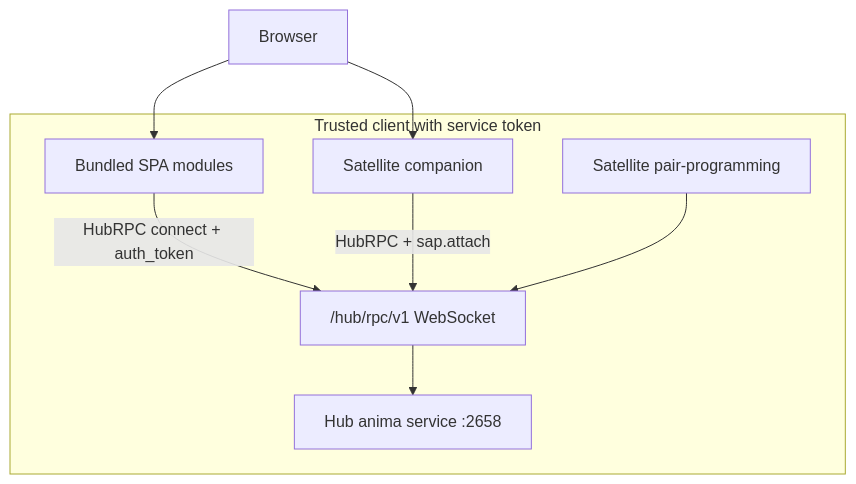
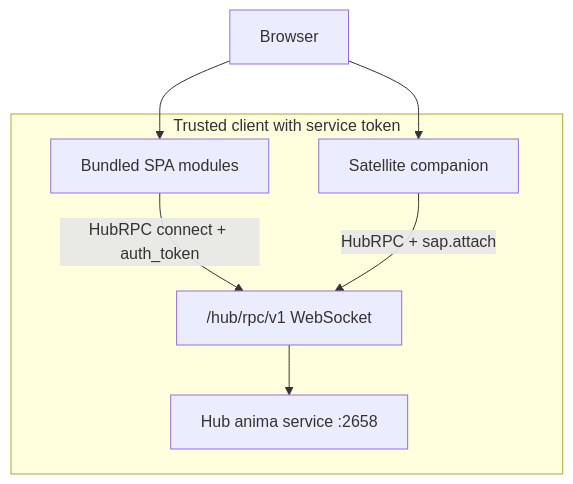
One commit to freeanima-org/freeanima changed the diagram in docs/sap/security-model.md. Above: the diagram before and after it, drawn with Mermaid. The commit also changed 2205 other files, not shown here.

````diff
--- a/docs/sap/security-model.md
+++ b/docs/sap/security-model.md
@@ -11,17 +11,15 @@
 ```mermaid
 flowchart TB
   subgraph trusted [Trusted client with service token]
     Hub["Hub anima service :2658"]
     RpcEndpoint["/hub/rpc/v1 WebSocket"]
     Bundled[Bundled SPA modules]
     SatA[Satellite companion]
-    SatB[Satellite pair-programming]
   end
   Browser[Browser]
   Browser --> Bundled
   Browser --> SatA
   Bundled -->|"HubRPC connect + auth_token"| RpcEndpoint
   SatA -->|"HubRPC + sap.attach"| RpcEndpoint
-  SatB --> RpcEndpoint
   RpcEndpoint --> Hub
 ```
````
